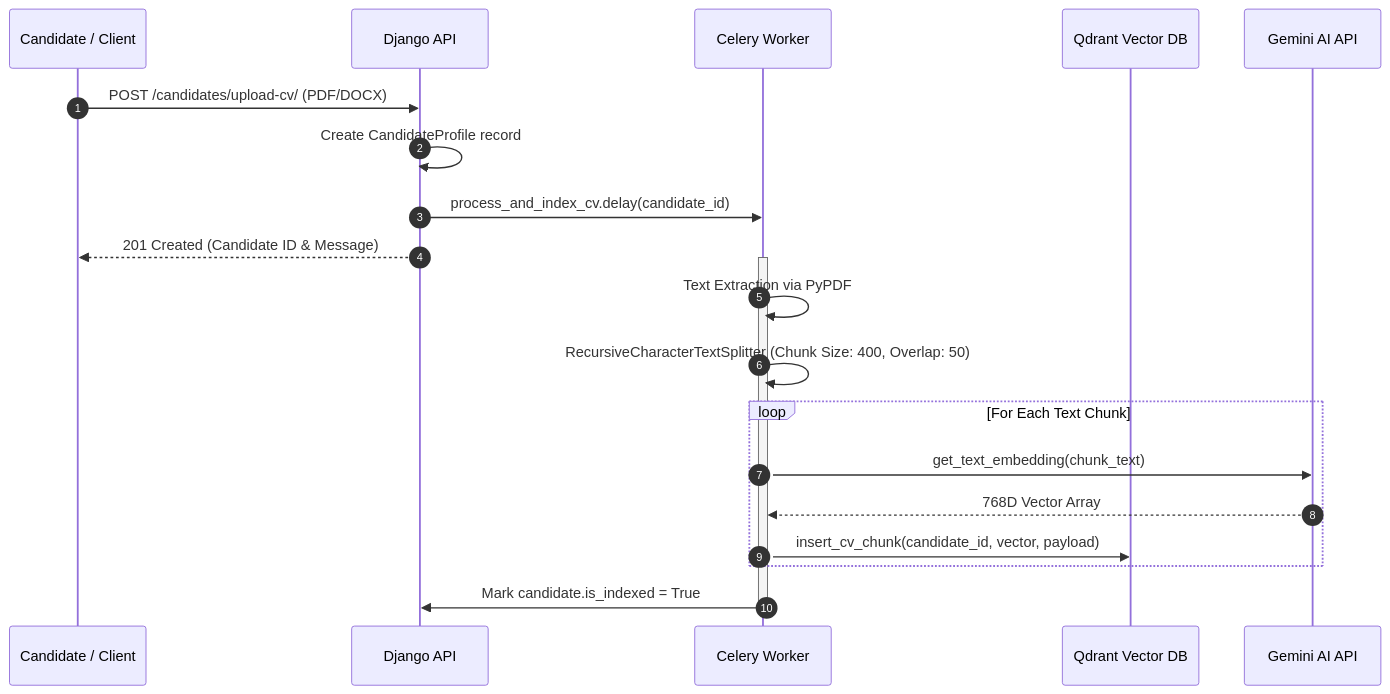
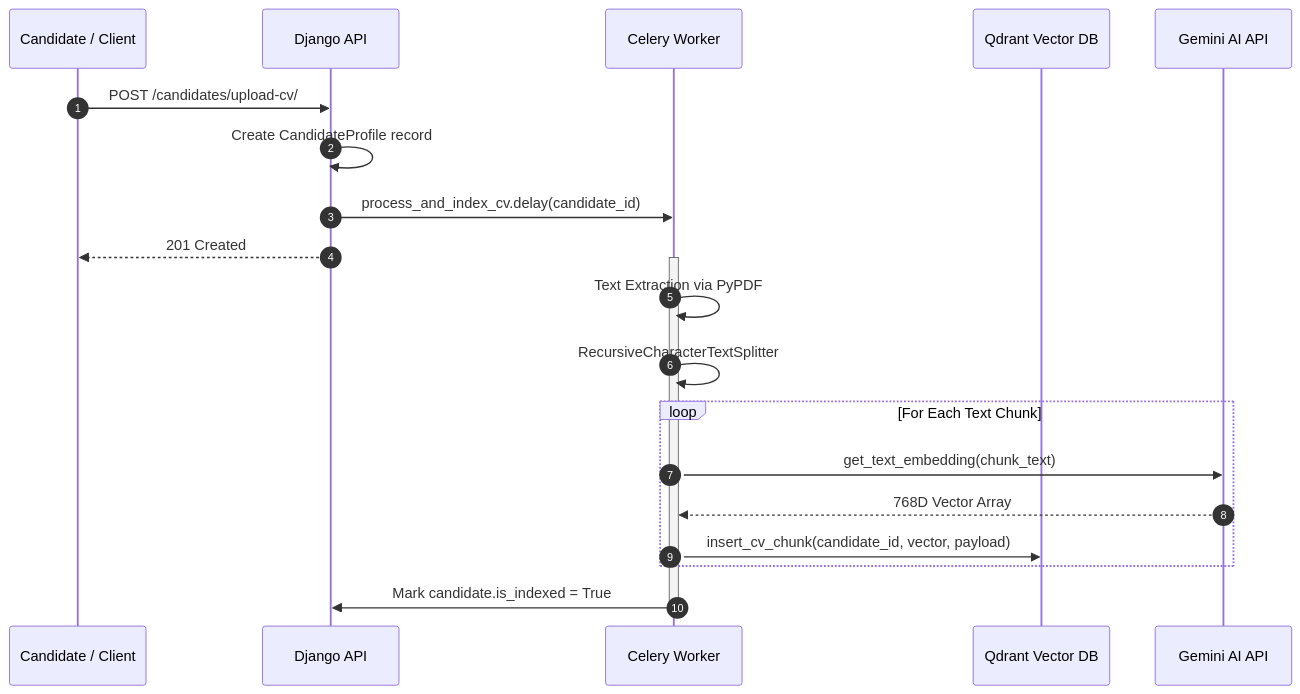
One commit to ForisGrancj/Ai-Recruiter changed the second of 3 diagrams in README.md. Above: the diagram before and after it, drawn with Mermaid. The commit also changed other lines of this file, not shown here.

Commit message:
docs: fix Mermaid diagram syntax errors in README.md

````diff
--- a/README.md
+++ b/README.md
@@ -57,25 +57,25 @@
 ```mermaid
 sequenceDiagram
     autonumber
     participant Candidate as Candidate / Client
     participant API as Django API
     participant Celery as Celery Worker
     participant Qdrant as Qdrant Vector DB
     participant Gemini as Gemini AI API
 
-    Candidate->>API: POST /candidates/upload-cv/ (PDF/DOCX)
+    Candidate->>API: POST /candidates/upload-cv/
     API->>API: Create CandidateProfile record
     API->>Celery: process_and_index_cv.delay(candidate_id)
-    API-->>Candidate: 201 Created (Candidate ID & Message)
+    API-->>Candidate: 201 Created
     
     activate Celery
     Celery->>Celery: Text Extraction via PyPDF
-    Celery->>Celery: RecursiveCharacterTextSplitter (Chunk Size: 400, Overlap: 50)
+    Celery->>Celery: RecursiveCharacterTextSplitter
     loop For Each Text Chunk
         Celery->>Gemini: get_text_embedding(chunk_text)
         Gemini-->>Celery: 768D Vector Array
         Celery->>Qdrant: insert_cv_chunk(candidate_id, vector, payload)
     end
     Celery->>API: Mark candidate.is_indexed = True
     deactivate Celery
 ```
````
